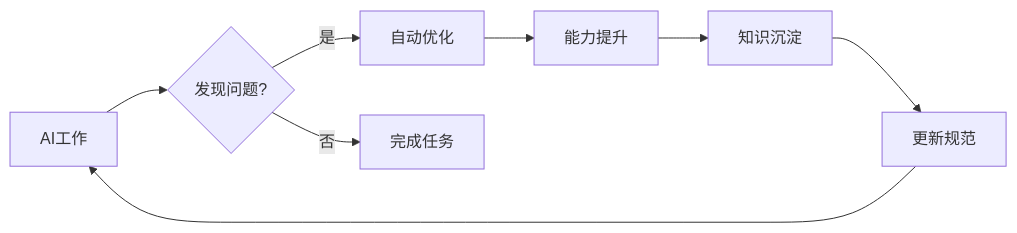
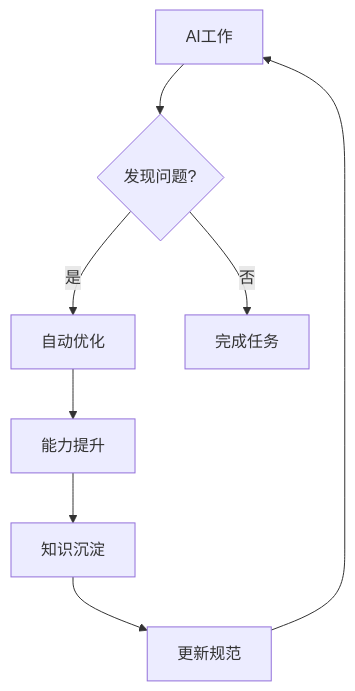
The second of 2 diagrams in README.md (serenamustrich/dev-standard), drawn with Mermaid before and after one commit. The commit also changed other lines of this file and 3 other files, not shown here.

First line of the commit message:
chore: 强制使用flowchart TD

````diff
--- a/README.md
+++ b/README.md
@@ -80,10 +80,10 @@
 ```mermaid
-flowchart LR
+flowchart TD
     A[AI工作] --> B{发现问题?}
     B -->|是| C[自动优化]
     B -->|否| D[完成任务]
     C --> E[能力提升]
     E --> F[知识沉淀]
     F --> G[更新规范]
     G --> A
 ```
````
